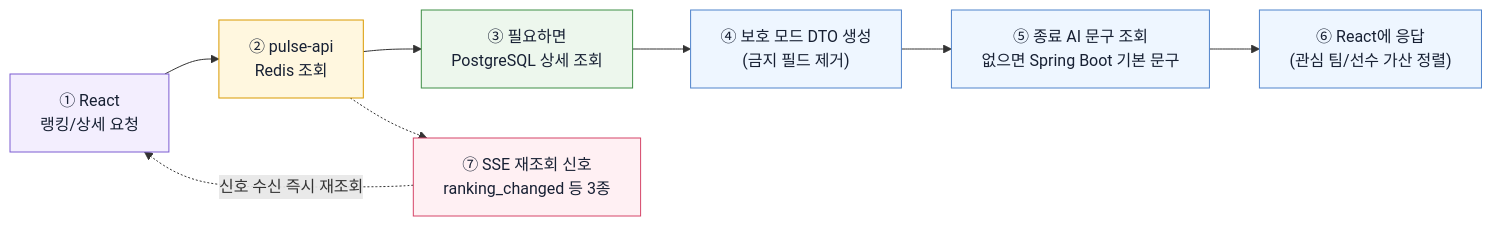
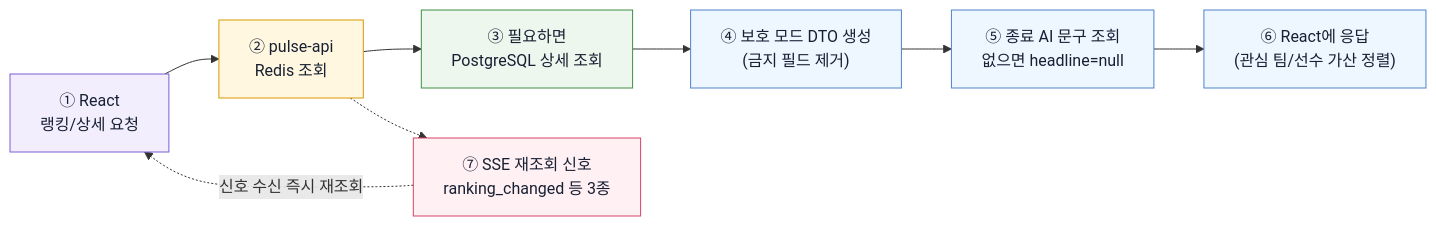
One commit to team-pulse-mlb/pulse-project changed the third of 3 diagrams in docs/design/DATA_PIPELINE.md. Above: the diagram before and after it, drawn with Mermaid. The commit also changed other lines of this file and 14 other files, not shown here.

````diff
--- a/docs/design/DATA_PIPELINE.md
+++ b/docs/design/DATA_PIPELINE.md
@@ -107,22 +107,22 @@
 ```mermaid
 flowchart LR
     classDef fe fill:#f3eefe,stroke:#7c5cd1,color:#172033
     classDef app fill:#eef6ff,stroke:#4f83cc,color:#172033
     classDef mw fill:#fff7df,stroke:#d99a00,color:#172033
     classDef store fill:#edf7ed,stroke:#3f8f46,color:#172033
     classDef signal fill:#fff0f3,stroke:#d64568,color:#172033
 
     A["① React<br/>랭킹/상세 요청"] --> B["② pulse-api<br/>Redis 조회"]
     B --> C["③ 필요하면<br/>PostgreSQL 상세 조회"]
     C --> D["④ 보호 모드 DTO 생성<br/>(금지 필드 제거)"]
-    D --> E["⑤ 종료 AI 문구 조회<br/>없으면 Spring Boot 기본 문구"]
+    D --> E["⑤ 종료 AI 문구 조회<br/>없으면 headline=null"]
     E --> F["⑥ React에 응답<br/>(관심 팀/선수 가산 정렬)"]
     B -.-> G["⑦ SSE 재조회 신호<br/>ranking_changed 등 3종"]
     G -.->|"신호 수신 즉시 재조회"| A
 
     class A fe
     class B mw
     class C store
     class D,E,F app
     class G signal
 ```
````
